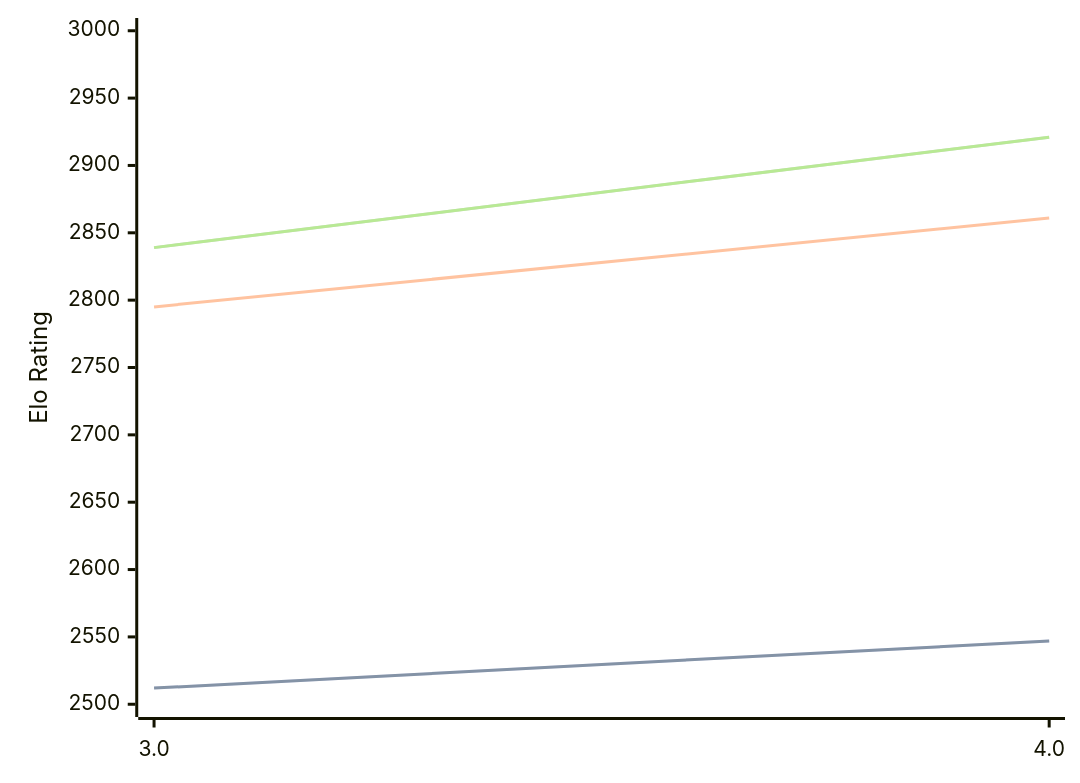
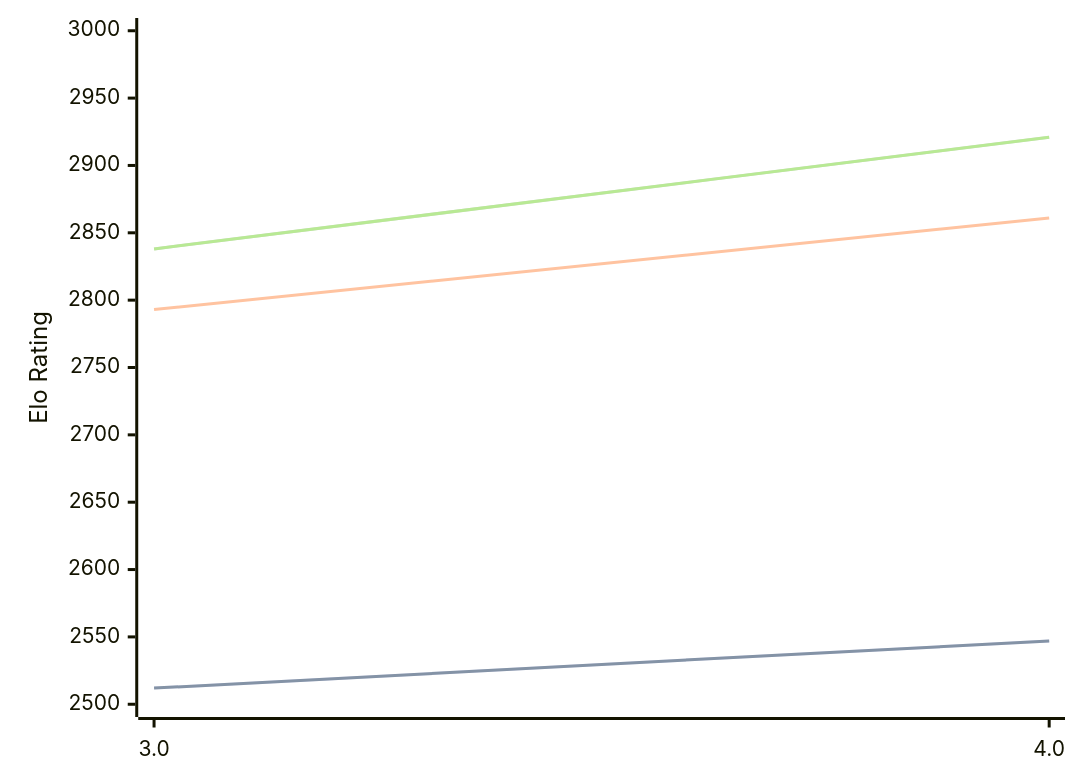
Before and after one commit to computer-chess-index/cci: the diagram in engines/Chess3.md, drawn with Mermaid. The commit also changed other lines of this file, not shown here.

Commit message:
Update CCI Ratings (ELO VLTC) - 2026-04-26

````diff
--- a/engines/Chess3.md
+++ b/engines/Chess3.md
@@ -34,11 +34,11 @@
 ```mermaid
 %%{init: {"theme":"base","themeVariables":{"seriesColors:['#a3a3a3','#222221','#faa371']}}}%%
 xychart-beta
   x-axis ["3.0", "4.0"]
   y-axis "Elo Rating" 2500 --> 3000
   line "STC (8.0+0.08s)" [2512, 2547]
   line "STC (8.0+0.08s)" [2512, 2547]
-  line "LTC (60.0+0.60s)" [2795, 2861]
-  line "VLTC (2m24s+1.12s)" [2839, 2921]
-  line "VLTC (2m24s+1.12s)" [2839, 2921]
+  line "LTC (60.0+0.60s)" [2793, 2861]
+  line "VLTC (2m24s+1.12s)" [2838, 2921]
+  line "VLTC (2m24s+1.12s)" [2838, 2921]
 ```
````
